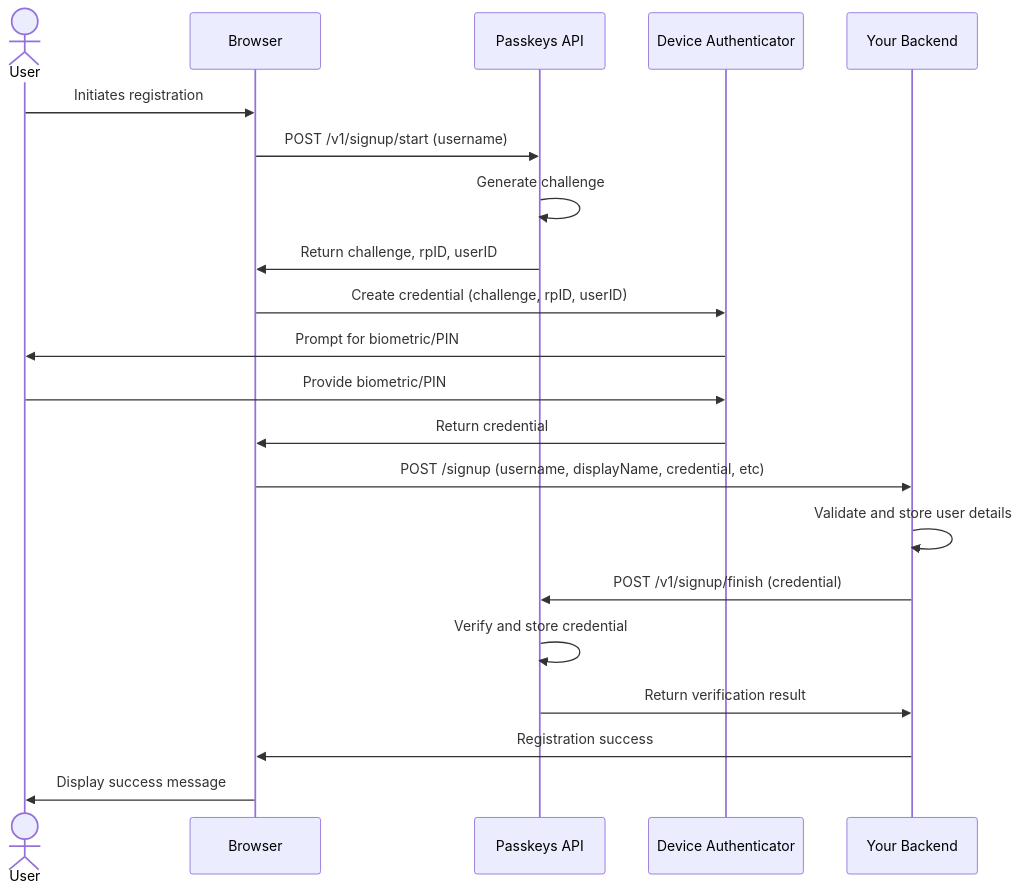
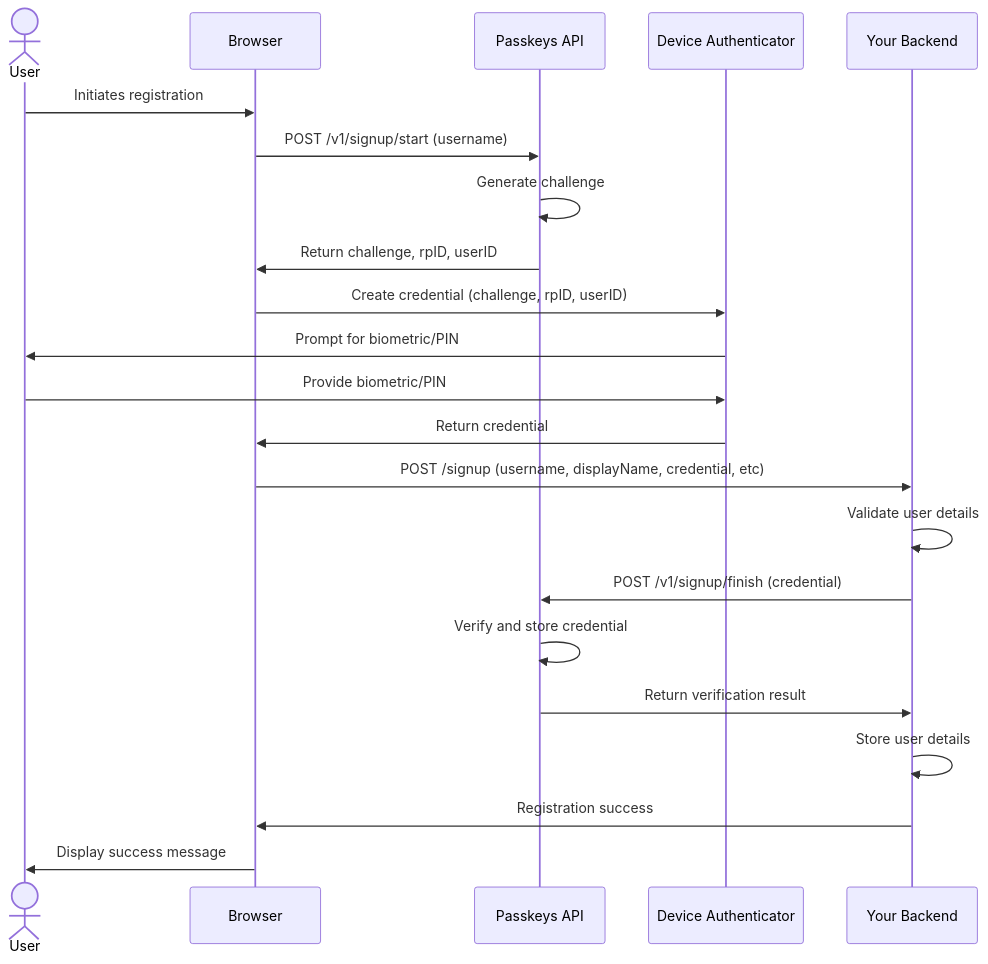
The diagram in docs/signup-diagram.mmd (helioauth/passkeys-api), drawn with Mermaid before and after one commit.

Commit message:
Refactor signup diagram to separate validation and storage

```diff
--- a/docs/signup-diagram.mmd
+++ b/docs/signup-diagram.mmd
@@ -1,22 +1,23 @@
 sequenceDiagram
     actor User
     participant Browser
     participant PasskeyAPI as Passkeys API
     participant Authenticator as Device Authenticator
     participant Backend as Your Backend
 
     User->>Browser: Initiates registration
     Browser->>PasskeyAPI: POST /v1/signup/start (username)
     PasskeyAPI->>PasskeyAPI: Generate challenge
     PasskeyAPI->>Browser: Return challenge, rpID, userID
     Browser->>Authenticator: Create credential (challenge, rpID, userID)
     Authenticator->>User: Prompt for biometric/PIN
     User->>Authenticator: Provide biometric/PIN
     Authenticator->>Browser: Return credential
     Browser->>Backend: POST /signup (username, displayName, credential, etc)
-    Backend->>Backend: Validate and store user details
+    Backend->>Backend: Validate user details
     Backend->>PasskeyAPI: POST /v1/signup/finish (credential)
     PasskeyAPI->>PasskeyAPI: Verify and store credential
     PasskeyAPI->>Backend: Return verification result
+    Backend->>Backend: Store user details
     Backend->>Browser: Registration success
     Browser->>User: Display success message
```
